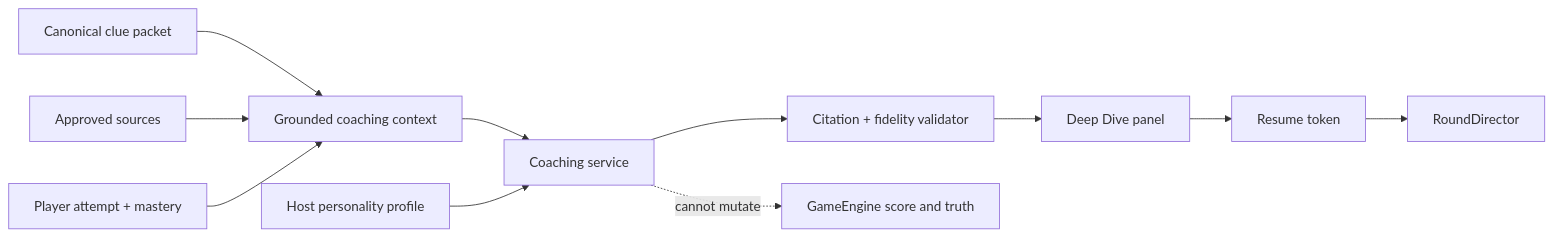
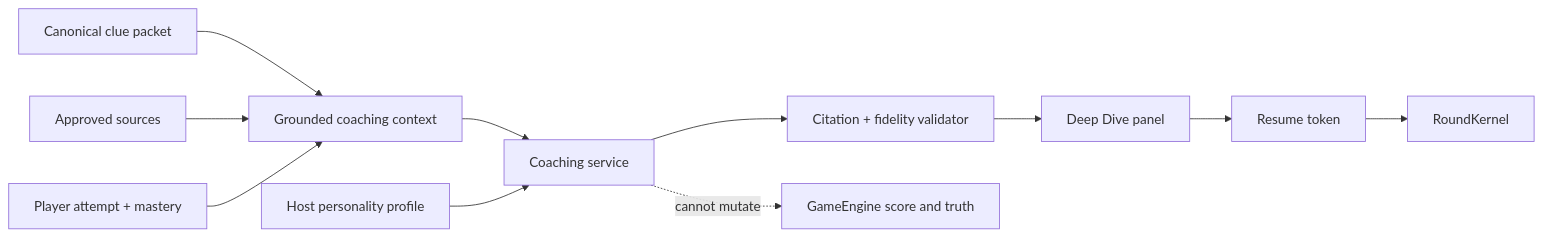
The second of 2 diagrams in docs/DEEP_DIVE_COACH_ARCHITECTURE.md (AlexBaldman/Jeopardish), drawn with Mermaid before and after one commit. The commit also changed other lines of this file and 55 other files, not shown here.

````diff
--- a/docs/DEEP_DIVE_COACH_ARCHITECTURE.md
+++ b/docs/DEEP_DIVE_COACH_ARCHITECTURE.md
@@ -57,13 +59,13 @@
 ```mermaid
 flowchart LR
     clue["Canonical clue packet"] --> context["Grounded coaching context"]
     sources["Approved sources"] --> context
     attempt["Player attempt + mastery"] --> context
     context --> coach["Coaching service"]
     profile["Host personality profile"] --> coach
     coach --> validator["Citation + fidelity validator"]
     validator --> panel["Deep Dive panel"]
     panel --> resume["Resume token"]
-    resume --> round["RoundDirector"]
+    resume --> round["RoundKernel"]
     coach -. "cannot mutate" .-> score["GameEngine score and truth"]
 ```
````
